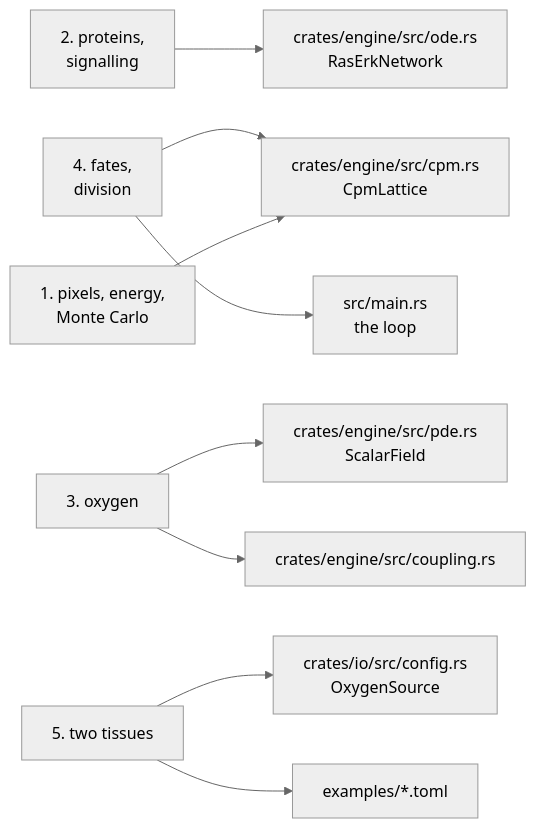
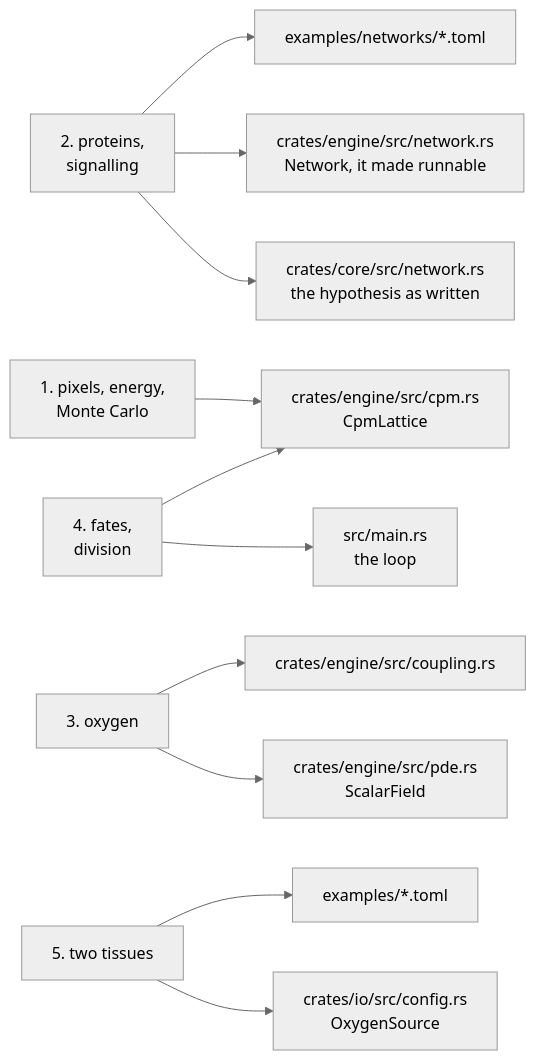
One commit to ngodzik/cellweave changed the diagram in docs/README.md. Above: the diagram before and after it, drawn with Mermaid (neutral theme). The commit also changed 20 other files, not shown here.

````diff
--- a/docs/README.md
+++ b/docs/README.md
@@ -27,11 +27,13 @@
 ```mermaid
 flowchart LR
     c1["1. pixels, energy,<br/>Monte Carlo"] --> cpm["crates/engine/src/cpm.rs<br/>CpmLattice"]
-    c2["2. proteins,<br/>signalling"] --> ode["crates/engine/src/ode.rs<br/>RasErkNetwork"]
+    c2["2. proteins,<br/>signalling"] --> net["crates/core/src/network.rs<br/>the hypothesis as written"]
+    c2 --> run["crates/engine/src/network.rs<br/>Network, it made runnable"]
+    c2 --> files["examples/networks/*.toml"]
     c3["3. oxygen"] --> pde["crates/engine/src/pde.rs<br/>ScalarField"]
     c3 --> cpl["crates/engine/src/coupling.rs"]
     c4["4. fates,<br/>division"] --> main["src/main.rs<br/>the loop"]
     c4 --> cpm
     c5["5. two tissues"] --> cfg["crates/io/src/config.rs<br/>OxygenSource"]
     c5 --> ex["examples/*.toml"]
 ```
````
